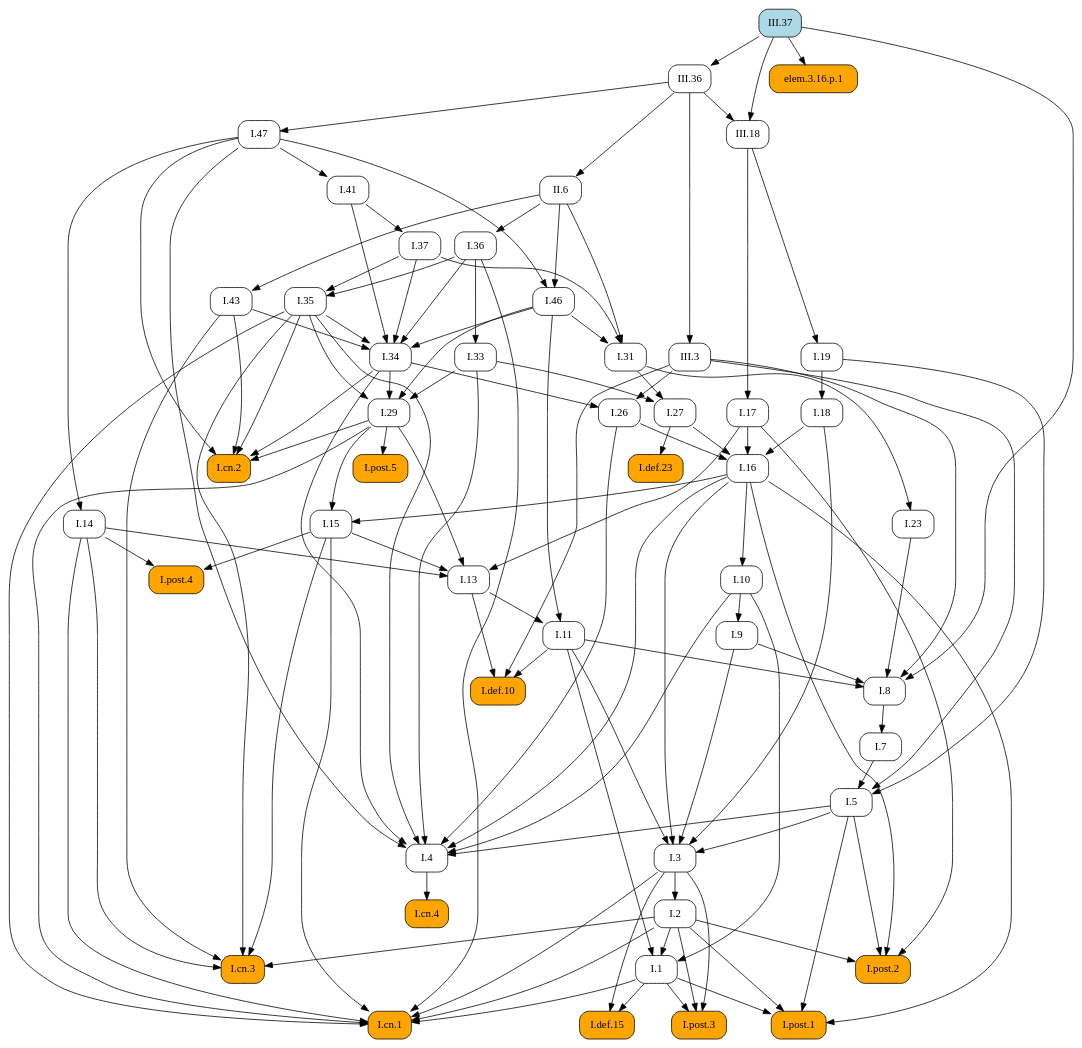
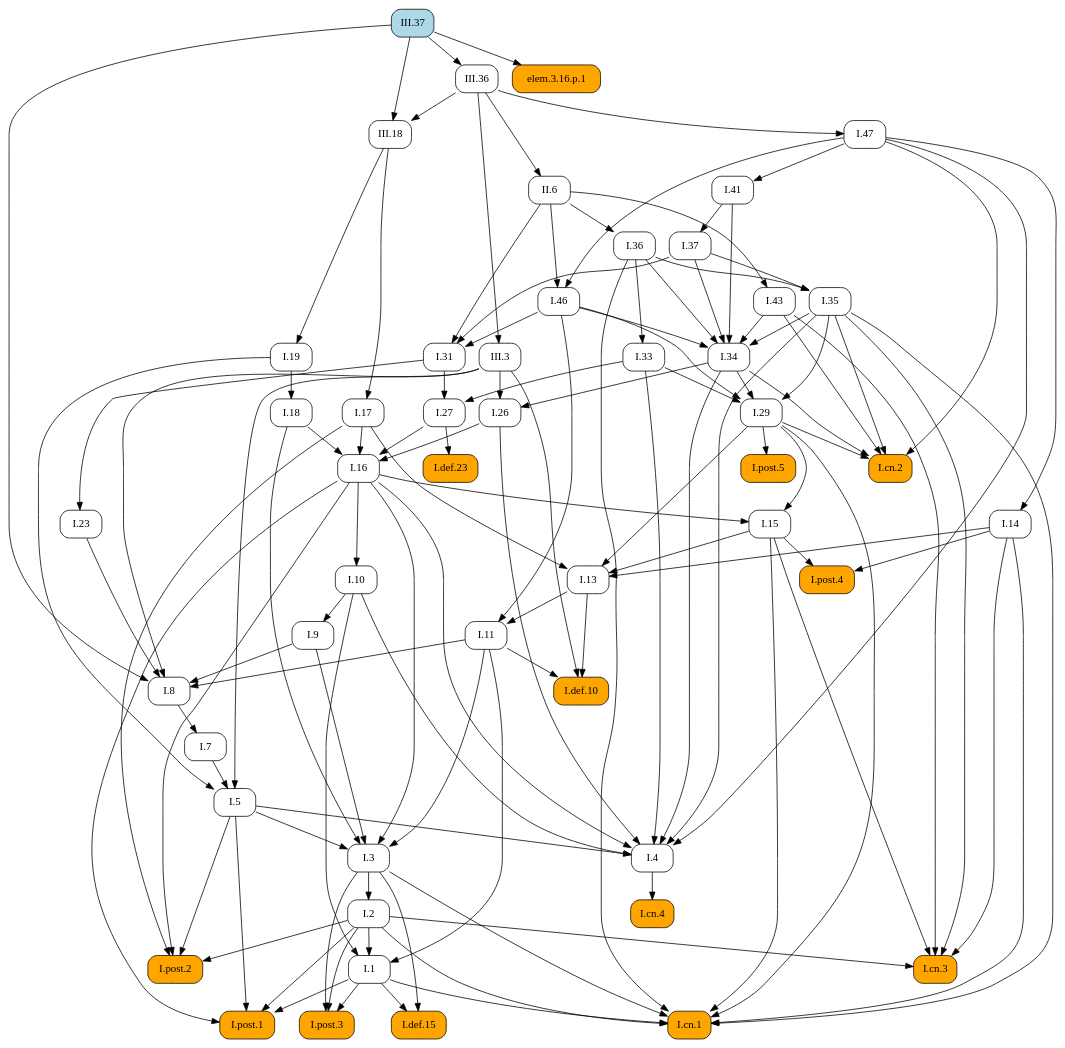
The diagram in docsrc/elements2/III/37/index.rst (geometor/elements), drawn with Graphviz before and after one commit. The commit also changed other lines of this file and 409 other files, not shown here.

First line of the commit message:
feat: Add image cropping and graphic extraction script

```diff
--- a/docsrc/elements2/III/37/index.rst
+++ b/docsrc/elements2/III/37/index.rst
@@ -72,118 +72,78 @@
    digraph {
      rankdir="TB";
      node [shape=box, style=rounded];
+     "III.18" [URL="/elements2/III/18/", target="_top"];
+     "I.43" [URL="/elements2/I/43/", target="_top"];
+     "I.37" [URL="/elements2/I/37/", target="_top"];
+     "I.31" [URL="/elements2/I/31/", target="_top"];
+     "I.41" [URL="/elements2/I/41/", target="_top"];
      "I.8" [URL="/elements2/I/8/", target="_top"];
+     "I.5" [URL="/elements2/I/5/", target="_top"];
+     "III.36" [URL="/elements2/III/36/", target="_top"];
+     "I.47" [URL="/elements2/I/47/", target="_top"];
+     "I.15" [URL="/elements2/I/15/", target="_top"];
+     "I.17" [URL="/elements2/I/17/", target="_top"];
+     "I.26" [URL="/elements2/I/26/", target="_top"];
+     "I.cn.1" [style="rounded,filled", fillcolor=orange, URL="/elements2/I/cn.1/", target="_top"];
+     "elem.3.16.p.1" [style="rounded,filled", fillcolor=orange];
+     "I.7" [URL="/elements2/I/7/", target="_top"];
+     "I.23" [URL="/elements2/I/23/", target="_top"];
+     "I.16" [URL="/elements2/I/16/", target="_top"];
+     "I.35" [URL="/elements2/I/35/", target="_top"];
+     "I.34" [URL="/elements2/I/34/", target="_top"];
+     "I.33" [URL="/elements2/I/33/", target="_top"];
+     "I.def.15" [style="rounded,filled", fillcolor=orange, URL="/elements2/I/def.15/", target="_top"];
      "I.46" [URL="/elements2/I/46/", target="_top"];
-     "III.36" [URL="/elements2/III/36/", target="_top"];
+     "I.19" [URL="/elements2/I/19/", target="_top"];
+     "I.18" [URL="/elements2/I/18/", target="_top"];
+     "I.def.10" [style="rounded,filled", fillcolor=orange, URL="/elements2/I/def.10/", target="_top"];
+     "I.11" [URL="/elements2/I/11/", target="_top"];
+     "I.post.4" [style="rounded,filled", fillcolor=orange, URL="/elements2/I/post.4/", target="_top"];
+     "I.def.23" [style="rounded,filled", fillcolor=orange, URL="/elements2/I/def.23/", target="_top"];
+     "I.post.5" [style="rounded,filled", fillcolor=orange, URL="/elements2/I/post.5/", target="_top"];
+     "I.3" [URL="/elements2/I/3/", target="_top"];
+     "I.14" [URL="/elements2/I/14/", target="_top"];
+     "I.10" [URL="/elements2/I/10/", target="_top"];
+     "I.cn.3" [style="rounded,filled", fillcolor=orange, URL="/elements2/I/cn.3/", target="_top"];
+     "I.13" [URL="/elements2/I/13/", target="_top"];
+     "I.4" [URL="/elements2/I/4/", target="_top"];
+     "I.post.3" [style="rounded,filled", fillcolor=orange, URL="/elements2/I/post.3/", target="_top"];
+     "III.3" [URL="/elements2/III/3/", target="_top"];
+     "III.37" [style="rounded,filled", fillcolor=lightblue, URL="/elements2/III/37/", target="_top"];
+     "I.9" [URL="/elements2/I/9/", target="_top"];
+     "I.29" [URL="/elements2/I/29/", target="_top"];
      "I.36" [URL="/elements2/I/36/", target="_top"];
-     "I.47" [URL="/elements2/I/47/", target="_top"];
-     "I.14" [URL="/elements2/I/14/", target="_top"];
      "I.post.1" [style="rounded,filled", fillcolor=orange, URL="/elements2/I/post.1/", target="_top"];
-     "I.33" [URL="/elements2/I/33/", target="_top"];
-     "I.5" [URL="/elements2/I/5/", target="_top"];
-     "I.post.5" [style="rounded,filled", fillcolor=orange, URL="/elements2/I/post.5/", target="_top"];
-     "III.3" [URL="/elements2/III/3/", target="_top"];
-     "I.def.10" [style="rounded,filled", fillcolor=orange, URL="/elements2/I/def.10/", target="_top"];
-     "III.37" [style="rounded,filled", fillcolor=lightblue, URL="/elements2/III/37/", target="_top"];
-     "I.cn.2" [style="rounded,filled", fillcolor=orange, URL="/elements2/I/cn.2/", target="_top"];
-     "elem.3.16.p.1" [style="rounded,filled", fillcolor=orange];
-     "I.def.15" [style="rounded,filled", fillcolor=orange, URL="/elements2/I/def.15/", target="_top"];
-     "I.31" [URL="/elements2/I/31/", target="_top"];
-     "I.11" [URL="/elements2/I/11/", target="_top"];
-     "I.43" [URL="/elements2/I/43/", target="_top"];
-     "I.post.2" [style="rounded,filled", fillcolor=orange, URL="/elements2/I/post.2/", target="_top"];
-     "I.3" [URL="/elements2/I/3/", target="_top"];
-     "I.def.23" [style="rounded,filled", fillcolor=orange, URL="/elements2/I/def.23/", target="_top"];
-     "I.26" [URL="/elements2/I/26/", target="_top"];
-     "I.19" [URL="/elements2/I/19/", target="_top"];
-     "I.cn.3" [style="rounded,filled", fillcolor=orange, URL="/elements2/I/cn.3/", target="_top"];
-     "I.cn.4" [style="rounded,filled", fillcolor=orange, URL="/elements2/I/cn.4/", target="_top"];
-     "I.1" [URL="/elements2/I/1/", target="_top"];
-     "I.7" [URL="/elements2/I/7/", target="_top"];
-     "I.17" [URL="/elements2/I/17/", target="_top"];
-     "I.9" [URL="/elements2/I/9/", target="_top"];
-     "I.cn.1" [style="rounded,filled", fillcolor=orange, URL="/elements2/I/cn.1/", target="_top"];
-     "I.29" [URL="/elements2/I/29/", target="_top"];
-     "I.16" [URL="/elements2/I/16/", target="_top"];
-     "I.18" [URL="/elements2/I/18/", target="_top"];
-     "I.13" [URL="/elements2/I/13/", target="_top"];
-     "I.post.4" [style="rounded,filled", fillcolor=orange, URL="/elements2/I/post.4/", target="_top"];
-     "I.41" [URL="/elements2/I/41/", target="_top"];
-     "I.35" [URL="/elements2/I/35/", target="_top"];
      "I.2" [URL="/elements2/I/2/", target="_top"];
      "II.6" [URL="/elements2/II/6/", target="_top"];
-     "I.37" [URL="/elements2/I/37/", target="_top"];
      "I.27" [URL="/elements2/I/27/", target="_top"];
-     "III.18" [URL="/elements2/III/18/", target="_top"];
-     "I.4" [URL="/elements2/I/4/", target="_top"];
-     "I.10" [URL="/elements2/I/10/", target="_top"];
-     "I.15" [URL="/elements2/I/15/", target="_top"];
-     "I.34" [URL="/elements2/I/34/", target="_top"];
-     "I.23" [URL="/elements2/I/23/", target="_top"];
-     "I.post.3" [style="rounded,filled", fillcolor=orange, URL="/elements2/I/post.3/", target="_top"];
+     "I.cn.4" [style="rounded,filled", fillcolor=orange, URL="/elements2/I/cn.4/", target="_top"];
+     "I.cn.2" [style="rounded,filled", fillcolor=orange, URL="/elements2/I/cn.2/", target="_top"];
+     "I.1" [URL="/elements2/I/1/", target="_top"];
+     "I.post.2" [style="rounded,filled", fillcolor=orange, URL="/elements2/I/post.2/", target="_top"];
+     "III.36" -> "III.18";
+     "III.37" -> "III.18";
+     "II.6" -> "I.43";
+     "I.41" -> "I.37";
+     "I.37" -> "I.31";
+     "I.46" -> "I.31";
+     "II.6" -> "I.31";
+     "I.47" -> "I.41";
      "I.9" -> "I.8";
      "I.11" -> "I.8";
      "I.23" -> "I.8";
      "III.3" -> "I.8";
      "III.37" -> "I.8";
-     "I.47" -> "I.46";
-     "II.6" -> "I.46";
-     "III.37" -> "III.36";
-     "II.6" -> "I.36";
-     "III.36" -> "I.47";
-     "I.47" -> "I.14";
-     "I.1" -> "I.post.1";
-     "I.2" -> "I.post.1";
-     "I.5" -> "I.post.1";
-     "I.16" -> "I.post.1";
-     "I.36" -> "I.33";
      "I.7" -> "I.5";
      "I.19" -> "I.5";
      "III.3" -> "I.5";
-     "I.29" -> "I.post.5";
-     "III.36" -> "III.3";
-     "I.11" -> "I.def.10";
-     "I.13" -> "I.def.10";
-     "III.3" -> "I.def.10";
-     "I.29" -> "I.cn.2";
-     "I.34" -> "I.cn.2";
-     "I.35" -> "I.cn.2";
-     "I.43" -> "I.cn.2";
-     "I.47" -> "I.cn.2";
-     "III.37" -> "elem.3.16.p.1";
-     "I.1" -> "I.def.15";
-     "I.3" -> "I.def.15";
-     "I.37" -> "I.31";
-     "I.46" -> "I.31";
-     "II.6" -> "I.31";
-     "I.13" -> "I.11";
-     "I.46" -> "I.11";
-     "II.6" -> "I.43";
-     "I.2" -> "I.post.2";
-     "I.5" -> "I.post.2";
-     "I.16" -> "I.post.2";
-     "I.17" -> "I.post.2";
-     "I.5" -> "I.3";
-     "I.9" -> "I.3";
-     "I.11" -> "I.3";
-     "I.16" -> "I.3";
-     "I.18" -> "I.3";
-     "I.27" -> "I.def.23";
+     "III.37" -> "III.36";
+     "III.36" -> "I.47";
+     "I.16" -> "I.15";
+     "I.29" -> "I.15";
+     "III.18" -> "I.17";
      "I.34" -> "I.26";
      "III.3" -> "I.26";
-     "III.18" -> "I.19";
-     "I.2" -> "I.cn.3";
-     "I.14" -> "I.cn.3";
-     "I.15" -> "I.cn.3";
-     "I.35" -> "I.cn.3";
-     "I.43" -> "I.cn.3";
-     "I.4" -> "I.cn.4";
-     "I.2" -> "I.1";
-     "I.10" -> "I.1";
-     "I.11" -> "I.1";
-     "I.8" -> "I.7";
-     "III.18" -> "I.17";
-     "I.10" -> "I.9";
      "I.1" -> "I.cn.1";
      "I.2" -> "I.cn.1";
      "I.3" -> "I.cn.1";
@@ -192,31 +152,53 @@
      "I.29" -> "I.cn.1";
      "I.35" -> "I.cn.1";
      "I.36" -> "I.cn.1";
-     "I.33" -> "I.29";
-     "I.34" -> "I.29";
-     "I.35" -> "I.29";
-     "I.46" -> "I.29";
+     "III.37" -> "elem.3.16.p.1";
+     "I.8" -> "I.7";
+     "I.31" -> "I.23";
      "I.17" -> "I.16";
      "I.18" -> "I.16";
      "I.26" -> "I.16";
      "I.27" -> "I.16";
+     "I.36" -> "I.35";
+     "I.37" -> "I.35";
+     "I.35" -> "I.34";
+     "I.36" -> "I.34";
+     "I.37" -> "I.34";
+     "I.41" -> "I.34";
+     "I.43" -> "I.34";
+     "I.46" -> "I.34";
+     "I.36" -> "I.33";
+     "I.1" -> "I.def.15";
+     "I.3" -> "I.def.15";
+     "I.47" -> "I.46";
+     "II.6" -> "I.46";
+     "III.18" -> "I.19";
      "I.19" -> "I.18";
+     "I.11" -> "I.def.10";
+     "I.13" -> "I.def.10";
+     "III.3" -> "I.def.10";
+     "I.13" -> "I.11";
+     "I.46" -> "I.11";
+     "I.14" -> "I.post.4";
+     "I.15" -> "I.post.4";
+     "I.27" -> "I.def.23";
+     "I.29" -> "I.post.5";
+     "I.5" -> "I.3";
+     "I.9" -> "I.3";
+     "I.11" -> "I.3";
+     "I.16" -> "I.3";
+     "I.18" -> "I.3";
+     "I.47" -> "I.14";
+     "I.16" -> "I.10";
+     "I.2" -> "I.cn.3";
+     "I.14" -> "I.cn.3";
+     "I.15" -> "I.cn.3";
+     "I.35" -> "I.cn.3";
+     "I.43" -> "I.cn.3";
      "I.14" -> "I.13";
      "I.15" -> "I.13";
      "I.17" -> "I.13";
      "I.29" -> "I.13";
-     "I.14" -> "I.post.4";
-     "I.15" -> "I.post.4";
-     "I.47" -> "I.41";
-     "I.36" -> "I.35";
-     "I.37" -> "I.35";
-     "I.3" -> "I.2";
-     "III.36" -> "II.6";
-     "I.41" -> "I.37";
-     "I.31" -> "I.27";
-     "I.33" -> "I.27";
-     "III.36" -> "III.18";
-     "III.37" -> "III.18";
      "I.5" -> "I.4";
      "I.10" -> "I.4";
      "I.16" -> "I.4";
@@ -225,17 +207,35 @@
      "I.34" -> "I.4";
      "I.35" -> "I.4";
      "I.47" -> "I.4";
-     "I.16" -> "I.10";
-     "I.16" -> "I.15";
-     "I.29" -> "I.15";
-     "I.35" -> "I.34";
-     "I.36" -> "I.34";
-     "I.37" -> "I.34";
-     "I.41" -> "I.34";
-     "I.43" -> "I.34";
-     "I.46" -> "I.34";
-     "I.31" -> "I.23";
      "I.1" -> "I.post.3";
      "I.2" -> "I.post.3";
      "I.3" -> "I.post.3";
+     "III.36" -> "III.3";
+     "I.10" -> "I.9";
+     "I.33" -> "I.29";
+     "I.34" -> "I.29";
+     "I.35" -> "I.29";
+     "I.46" -> "I.29";
+     "II.6" -> "I.36";
+     "I.1" -> "I.post.1";
+     "I.2" -> "I.post.1";
+     "I.5" -> "I.post.1";
+     "I.16" -> "I.post.1";
+     "I.3" -> "I.2";
+     "III.36" -> "II.6";
+     "I.31" -> "I.27";
+     "I.33" -> "I.27";
+     "I.4" -> "I.cn.4";
+     "I.29" -> "I.cn.2";
+     "I.34" -> "I.cn.2";
+     "I.35" -> "I.cn.2";
+     "I.43" -> "I.cn.2";
+     "I.47" -> "I.cn.2";
+     "I.2" -> "I.1";
+     "I.10" -> "I.1";
+     "I.11" -> "I.1";
+     "I.2" -> "I.post.2";
+     "I.5" -> "I.post.2";
+     "I.16" -> "I.post.2";
+     "I.17" -> "I.post.2";
    }
```
